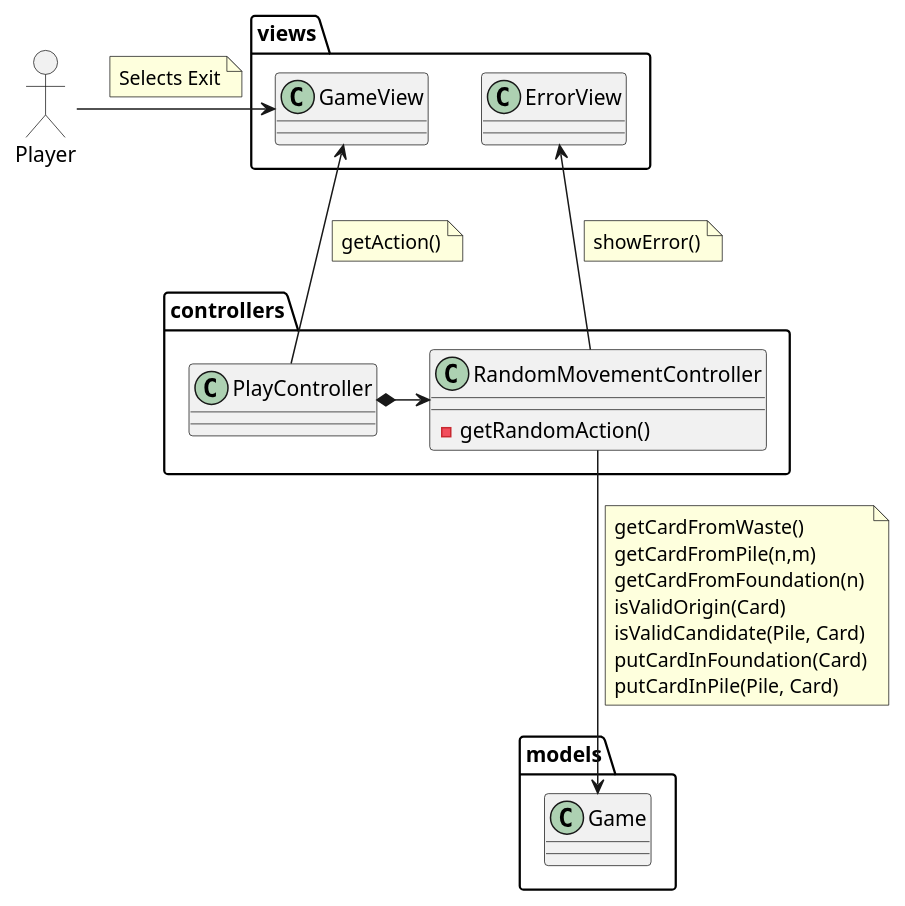
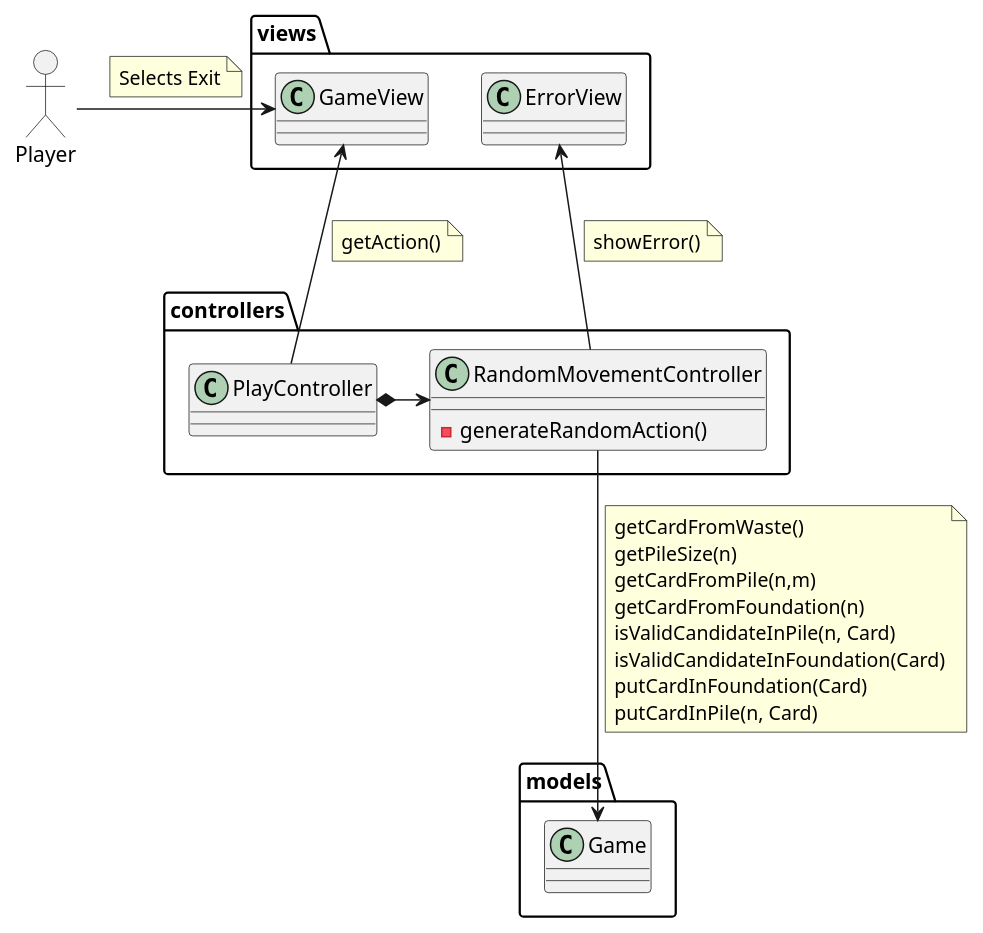
Before and after one commit to Troteaga/klondike: the diagram in docs/logicView/analysisView/useCaseAnalysis/MvRandom.puml, drawn with PlantUML. The commit also changed 3 other files, not shown here.

```diff
--- a/docs/logicView/analysisView/useCaseAnalysis/MvRandom.puml
+++ b/docs/logicView/analysisView/useCaseAnalysis/MvRandom.puml
@@ -1,41 +1,40 @@
 @startuml Analysis Random Movement
 mix_actor Player
 
 package views {
     class GameView
     class ErrorView
 }
 
 Player -right-> GameView
 note on link: Selects Exit
 
 package controllers {
     class PlayController
     class RandomMovementController{
-        -getRandomAction()
+        -generateRandomAction()
     }
     PlayController *-left-> RandomMovementController
 }
 
 package models{
     class Game
 }
 
 PlayController -up-> GameView
 note on link : getAction()
 
 RandomMovementController --> ErrorView
 note on link : showError()
 
 RandomMovementController --> Game
 note on link: getCardFromWaste()\
+\ngetPileSize(n)\
 \ngetCardFromPile(n,m)\
 \ngetCardFromFoundation(n)\
-\nisValidOrigin(Card)\
-\nisValidCandidate(Pile, Card)\
+\nisValidCandidateInPile(n, Card)\
+\nisValidCandidateInFoundation(Card)\
 \nputCardInFoundation(Card)\
-\nputCardInPile(Pile, Card)
-
-
+\nputCardInPile(n, Card)
 
 @enduml
```
